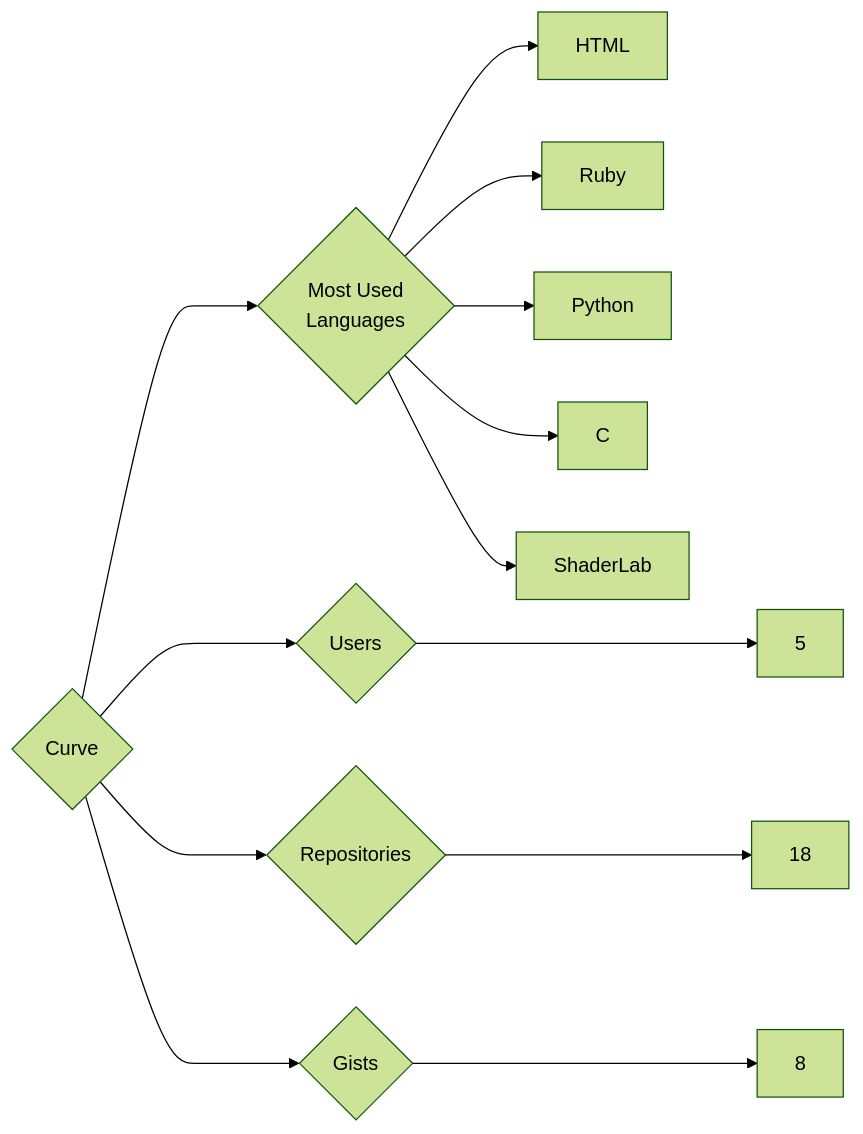
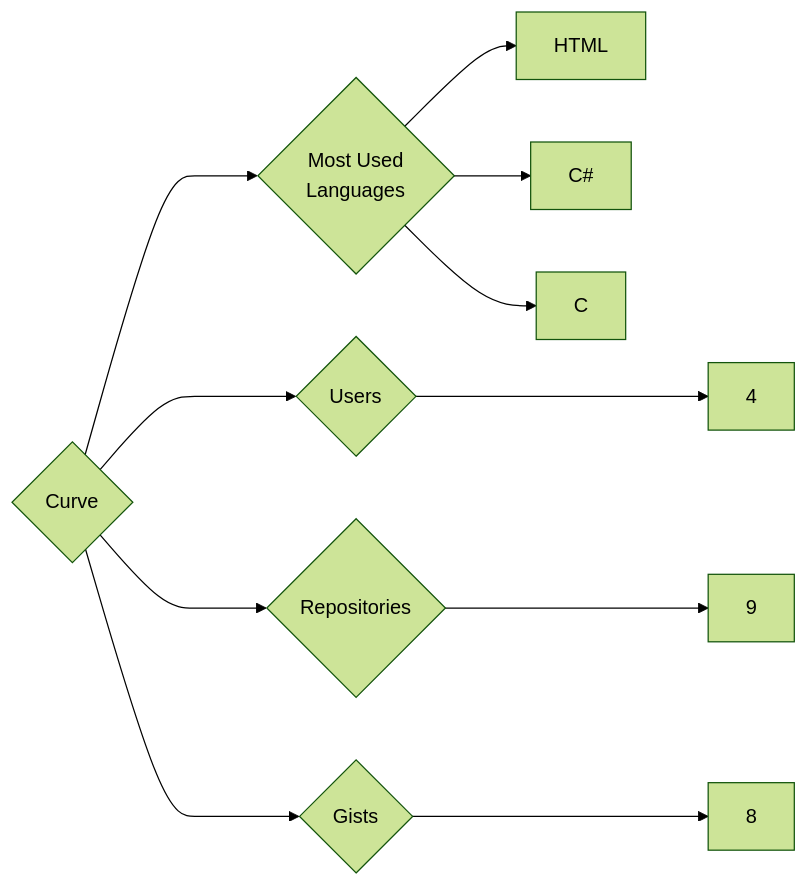
Before and after one commit to trickest/insiders: the diagram in targets/Curve/README.md, drawn with Mermaid (forest theme). The commit also changed 559 other files, not shown here.

````diff
--- a/targets/Curve/README.md
+++ b/targets/Curve/README.md
@@ -3,13 +3,11 @@
 ```mermaid
 graph LR
 COMPANY_NAME{Curve}
-COMPANY_NAME ---> U{Users} ---> UN[5]
-COMPANY_NAME ---> R{Repositories} ---> RN[18]
+COMPANY_NAME ---> U{Users} ---> UN[4]
+COMPANY_NAME ---> R{Repositories} ---> RN[9]
 COMPANY_NAME ---> G{Gists} ---> GN[8]
 COMPANY_NAME ---> ML{Most Used<br>Languages}
 ML --> HTML[HTML]
-ML --> Ruby[Ruby]
-ML --> Python[Python]
+ML --> C#[C#]
 ML --> C[C]
-ML --> ShaderLab[ShaderLab]
 ```
````
